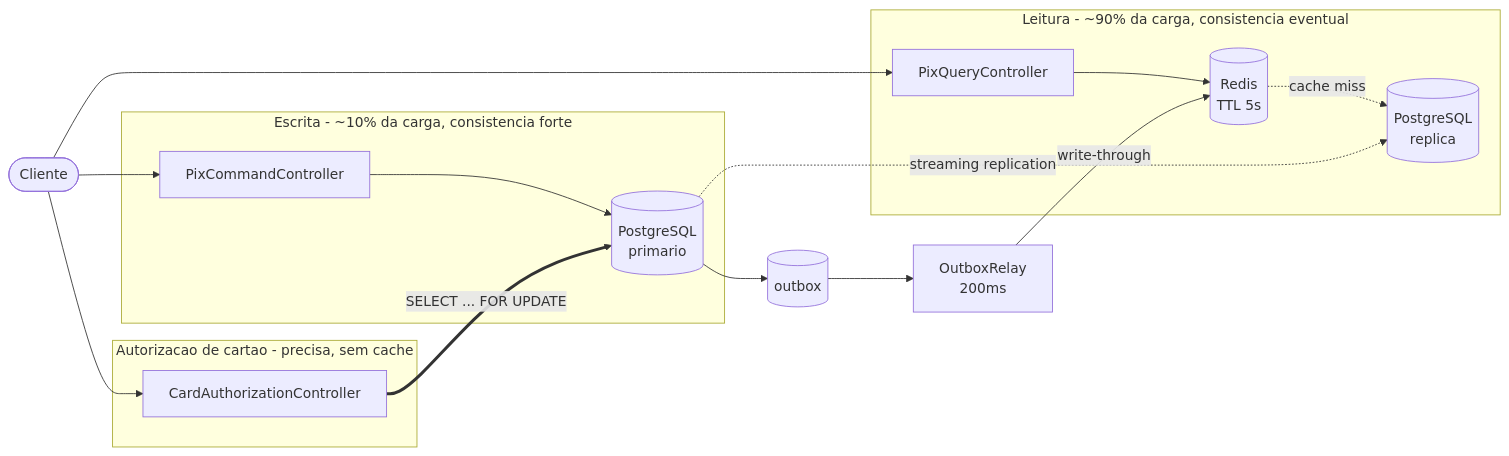
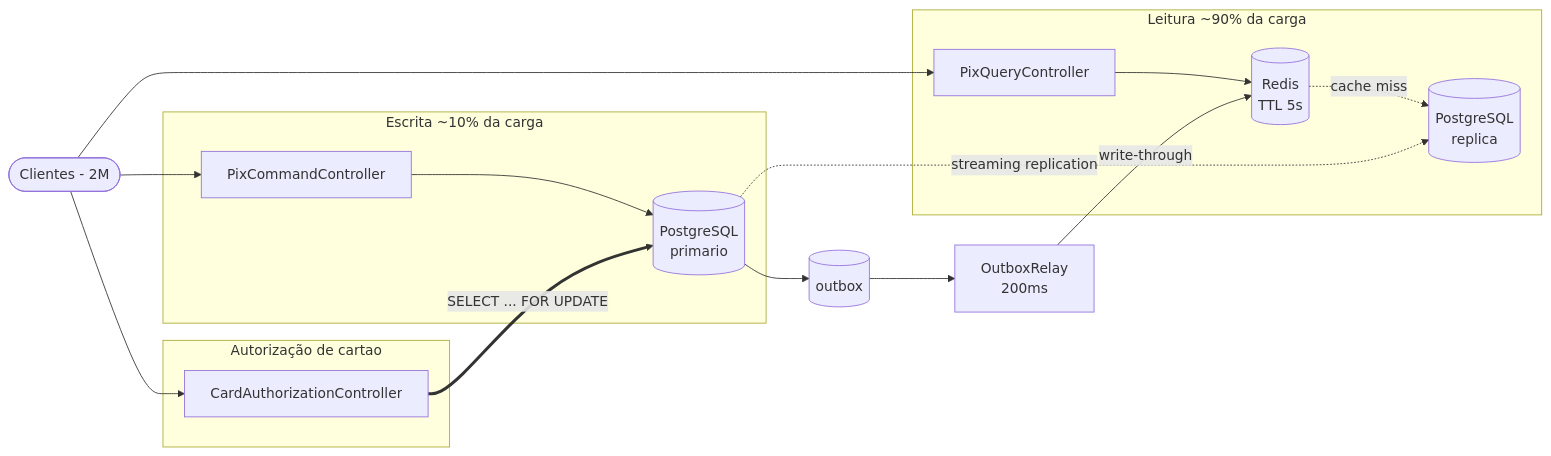
Before and after one commit to Jemesson/corebank: the diagram in README.MD, drawn with Mermaid. The commit also changed other lines of this file and 31 other files, not shown here.

````diff
--- a/README.MD
+++ b/README.MD
@@ -23,29 +23,29 @@
 ```mermaid
 flowchart LR
-    Client([Cliente])
+    Client([Clientes - 2M])
 
-    subgraph Leitura["Leitura - ~90% da carga, consistencia eventual"]
+    subgraph Leitura["Leitura ~90% da carga"]
         QC[PixQueryController]
         Cache[(Redis<br/>TTL 5s)]
         Replica[(PostgreSQL<br/>replica)]
     end
 
-    subgraph Escrita["Escrita - ~10% da carga, consistencia forte"]
+    subgraph Escrita["Escrita ~10% da carga"]
         CC[PixCommandController]
         Primary[(PostgreSQL<br/>primario)]
     end
 
-    subgraph Cartao["Autorizacao de cartao - precisa, sem cache"]
+    subgraph Cartao["Autorização de cartao"]
         AC[CardAuthorizationController]
     end
 
     Client --> QC & CC & AC
     QC --> Cache
     Cache -. cache miss .-> Replica
     CC --> Primary
     AC ==>|SELECT ... FOR UPDATE| Primary
     Primary -.->|streaming replication| Replica
     Primary --> Outbox[(outbox)]
     Outbox --> Relay[OutboxRelay<br/>200ms]
     Relay -->|write-through| Cache
 ```
````
